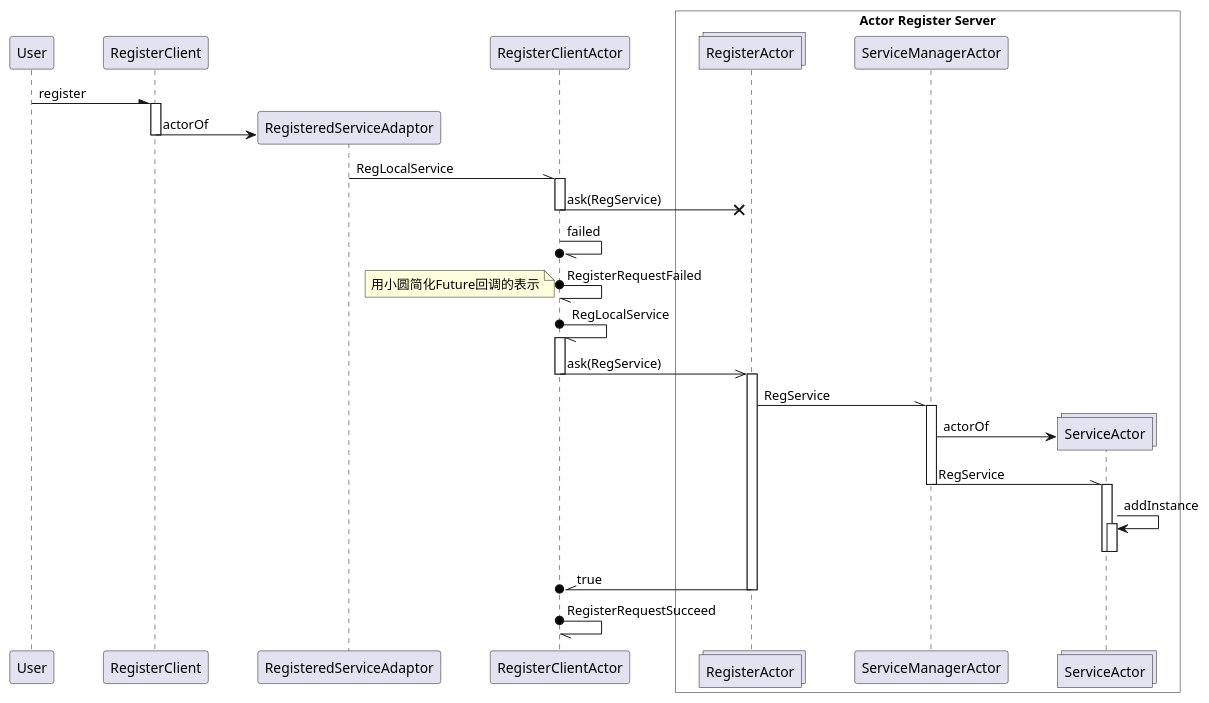
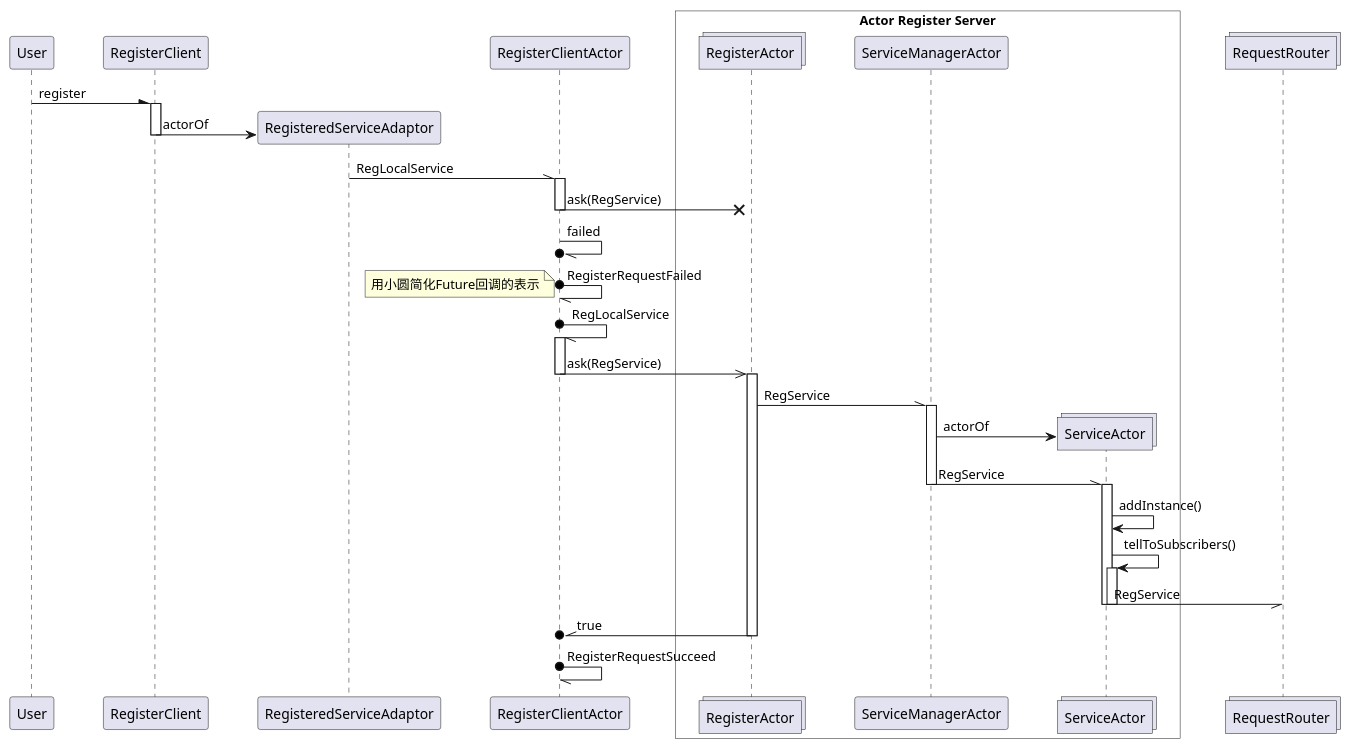
The diagram in aregister/src/main/puml/register.puml (arksea/aregister), drawn with PlantUML before and after one commit. The commit also changed 3 other files, not shown here.

```diff
--- a/aregister/src/main/puml/register.puml
+++ b/aregister/src/main/puml/register.puml
@@ -1,55 +1,59 @@
 @startuml
 skinparam ParticipantPadding 20
 skinparam BoxPadding 20
 
 participant User
 
 
 participant RegisterClient
 
 participant RegisteredServiceAdaptor
 participant RegisterClientActor
 
 
 box "Actor Register Server" #white
 collections RegisterActor
 participant ServiceManagerActor
 collections ServiceActor
 end box
+
+collections RequestRouter
 
 User -\ RegisterClient: register
 activate RegisterClient
 create RegisteredServiceAdaptor
 RegisterClient -> RegisteredServiceAdaptor: actorOf
 deactivate RegisterClient
 RegisteredServiceAdaptor -\\ RegisterClientActor: RegLocalService
 activate RegisterClientActor
 RegisterClientActor ->>x RegisterActor : ask(RegService)
 deactivate RegisterClientActor
 RegisterClientActor -//o RegisterClientActor: failed
 RegisterClientActor o-// RegisterClientActor: RegisterRequestFailed
 note left: 用小圆简化Future回调的表示
 RegisterClientActor o-// RegisterClientActor: RegLocalService
 activate RegisterClientActor
 RegisterClientActor ->> RegisterActor : ask(RegService)
 deactivate RegisterClientActor
 activate RegisterActor
 
 RegisterActor -\\ ServiceManagerActor : RegService
 activate ServiceManagerActor
 create ServiceActor
 ServiceManagerActor -> ServiceActor: actorOf
 ServiceManagerActor -\\ ServiceActor : RegService
 deactivate ServiceManagerActor
 activate ServiceActor
-ServiceActor -> ServiceActor: addInstance
+ServiceActor -> ServiceActor: addInstance()
+ServiceActor -> ServiceActor: tellToSubscribers()
 activate ServiceActor
+ServiceActor -// RequestRouter: RegService
 deactivate ServiceActor
 deactivate ServiceActor
 
 RegisterClientActor o//- RegisterActor : true
 deactivate RegisterActor
 RegisterClientActor o-// RegisterClientActor: RegisterRequestSucceed
 
 
 @enduml
```
